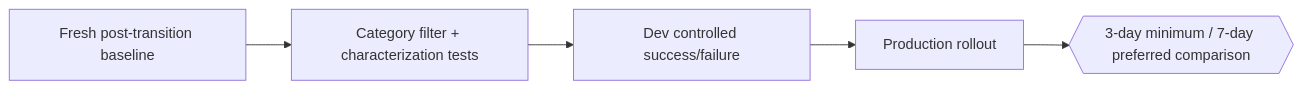
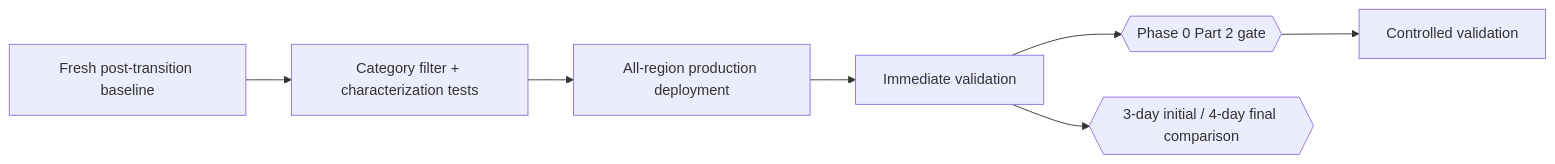
The diagram in work-packages/telemetry-cost-optimisation-phase-1/README.md (frasermolyneux/.github-copilot), drawn with Mermaid before and after one commit. The commit also changed other lines of this file and 8 other files, not shown here.

````diff
--- a/work-packages/telemetry-cost-optimisation-phase-1/README.md
+++ b/work-packages/telemetry-cost-optimisation-phase-1/README.md
@@ -12,7 +14,9 @@
 ```mermaid
 flowchart LR
   B[Fresh post-transition baseline] --> F[Category filter + characterization tests]
-  F --> D[Dev controlled success/failure]
-  D --> P[Production rollout]
-  P --> M{{3-day minimum / 7-day preferred comparison}}
+  F --> P[All-region production deployment]
+  P --> V[Immediate validation]
+  V --> G{{Phase 0 Part 2 gate}}
+  G --> C[Controlled validation]
+  V --> M{{3-day initial / 4-day final comparison}}
 ```
````
